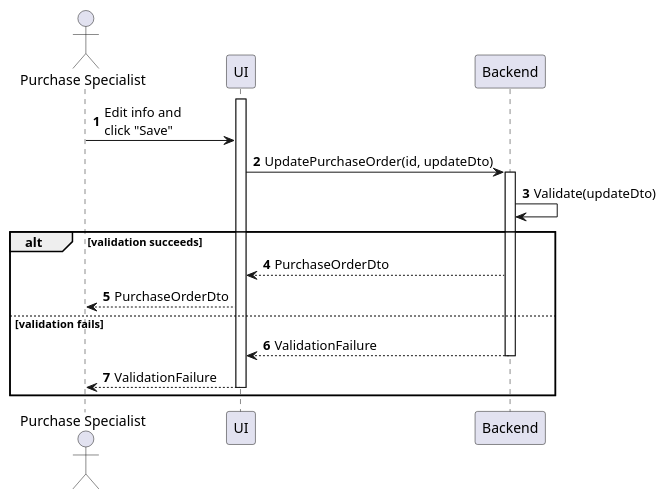
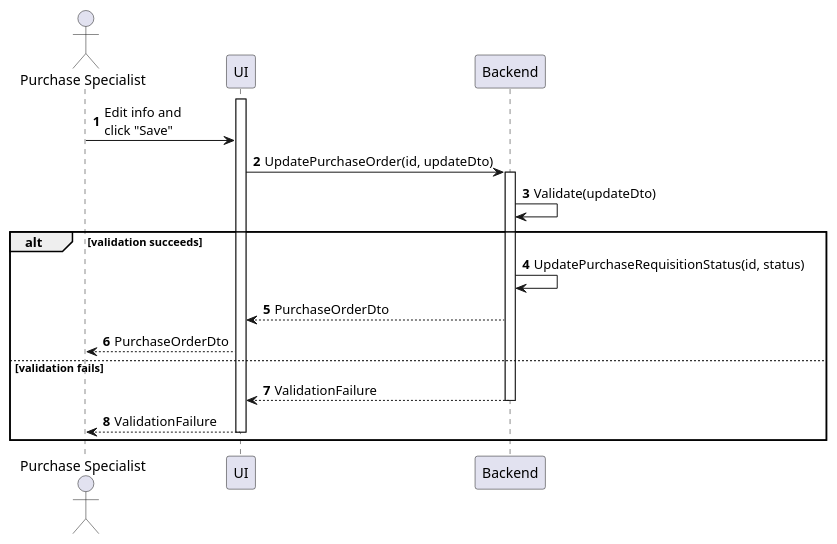
Before and after one commit to phihungha/scmss-reqs: the diagram in sequences/purchase-order-update.plantuml, drawn with PlantUML. The commit also changed 11 other files, not shown here.

```diff
--- a/sequences/purchase-order-update.plantuml
+++ b/sequences/purchase-order-update.plantuml
@@ -1,22 +1,23 @@
 @startuml purchase-order-update
 autonumber
 
 actor "Purchase Specialist" as a
 participant UI as f
 participant Backend as b
 
 activate f
 a -> f : Edit info and\nclick "Save"
 f -> b : UpdatePurchaseOrder(id, updateDto)
 activate b
 b -> b : Validate(updateDto)
 
 alt validation succeeds
+    b -> b : UpdatePurchaseRequisitionStatus(id, status)
     b --> f : PurchaseOrderDto
     f --> a : PurchaseOrderDto
 else validation fails
     return ValidationFailure
     f --> a : ValidationFailure
     deactivate f
 end
 @enduml
```
